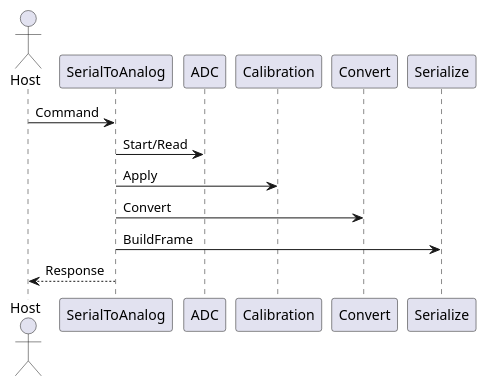
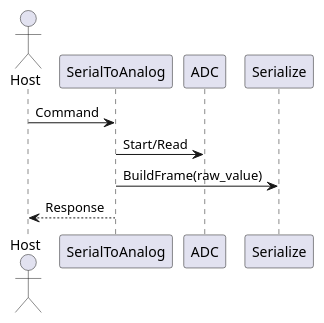
Before and after one commit to LinhTrucVo/Bico_Protocol_Bridge: the third of 3 diagrams in 3_swComp/layer3Application/serialToAnalogApp/2_design/serialToAnalogAppComp.rst, drawn with PlantUML. The commit also changed other lines of this file and 13 other files, not shown here.

```diff
--- a/3_swComp/layer3Application/serialToAnalogApp/2_design/serialToAnalogAppComp.rst
+++ b/3_swComp/layer3Application/serialToAnalogApp/2_design/serialToAnalogAppComp.rst
@@ -46,16 +46,12 @@
 ..  uml::
 
     @startuml
     actor Host
     participant SerialToAnalog
     participant ADC
-    participant Calibration
-    participant Convert
     participant Serialize
     Host -> SerialToAnalog : Command
     SerialToAnalog -> ADC : Start/Read
-    SerialToAnalog -> Calibration : Apply
-    SerialToAnalog -> Convert : Convert
-    SerialToAnalog -> Serialize : BuildFrame
+    SerialToAnalog -> Serialize : BuildFrame(raw_value)
     SerialToAnalog --> Host : Response
     @enduml
```
